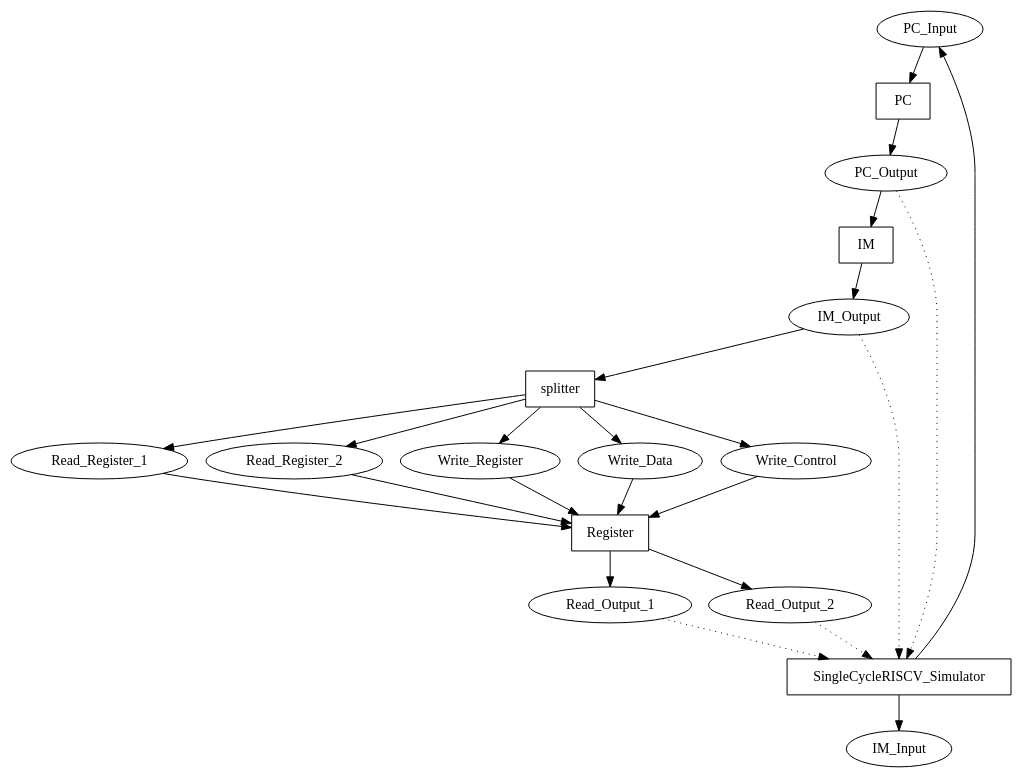
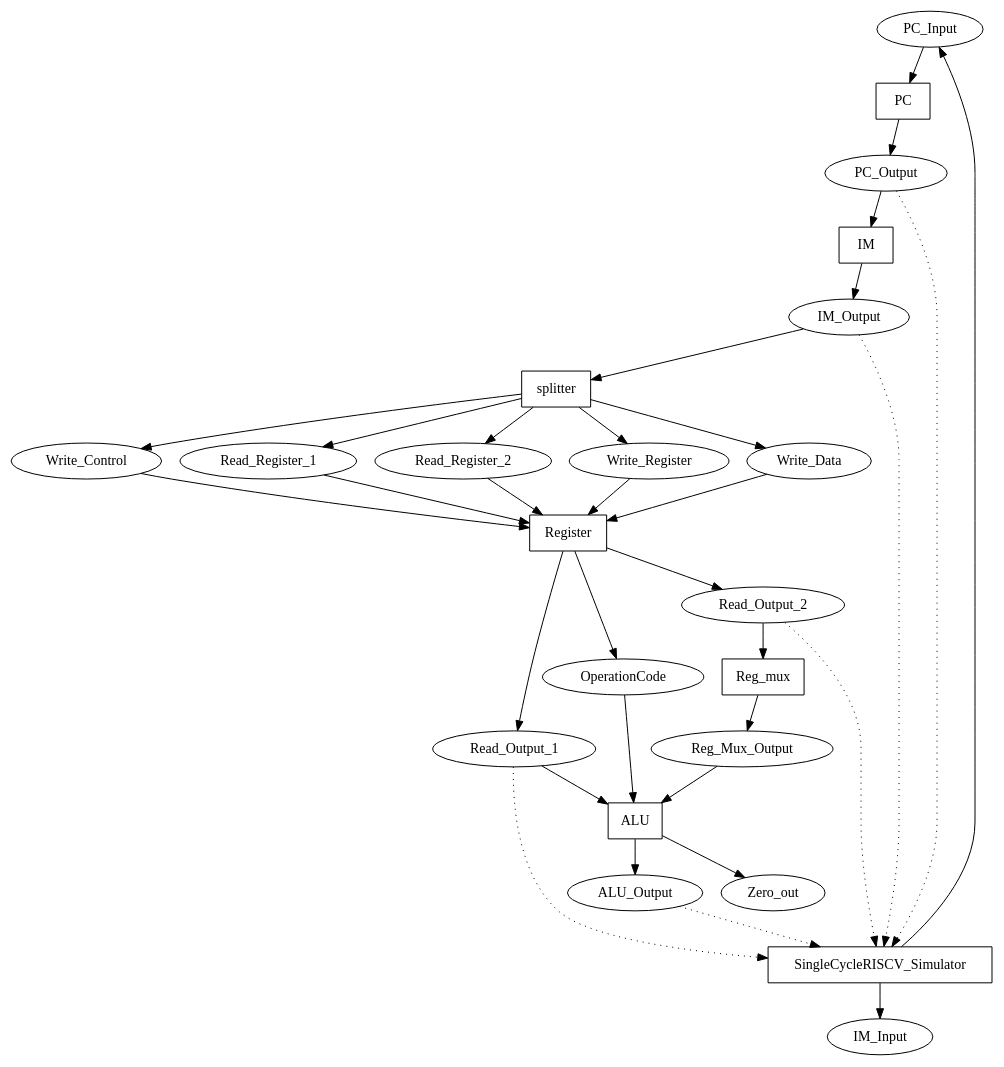
One commit to DanielRamyar/Master_Thesis changed the diagram in SME_Implementations/SingleCycleRISCV/output/network.dot. Above: the diagram before and after it, drawn with Graphviz. The commit also changed 23 other files, not shown here.

```diff
--- a/SME_Implementations/SingleCycleRISCV/output/network.dot
+++ b/SME_Implementations/SingleCycleRISCV/output/network.dot
@@ -1,41 +1,56 @@
 digraph SingleCycleRISCV {
 "PC_Input" [shape=oval];
 "PC_Output" [shape=oval];
 "IM_Output" [shape=oval];
 "Read_Register_1" [shape=oval];
 "Read_Register_2" [shape=oval];
 "Write_Register" [shape=oval];
 "Write_Data" [shape=oval];
 "Write_Control" [shape=oval];
+"OperationCode" [shape=oval];
+"Read_Output_1" [shape=oval];
+"Reg_Mux_Output" [shape=oval];
+"Read_Output_2" [shape=oval];
 "IM_Input" [shape=oval];
-"Read_Output_1" [shape=oval];
-"Read_Output_2" [shape=oval];
+"ALU_Output" [shape=oval];
+"Zero_out" [shape=oval];
 "PC" [shape=box];
 "IM" [shape=box];
 "splitter" [shape=box];
 "Register" [shape=box];
+"ALU" [shape=box];
+"Reg_mux" [shape=box];
 "SingleCycleRISCV_Simulator" [shape=box];
 "PC_Input" -> "PC";
 "PC_Output" -> "IM";
 "IM_Output" -> "splitter";
 "Read_Register_1" -> "Register";
 "Read_Register_2" -> "Register";
 "Write_Register" -> "Register";
 "Write_Data" -> "Register";
 "Write_Control" -> "Register";
+"OperationCode" -> "ALU";
+"Read_Output_1" -> "ALU";
+"Reg_Mux_Output" -> "ALU";
+"Read_Output_2" -> "Reg_mux";
 "SingleCycleRISCV_Simulator" -> "PC_Input";
 "SingleCycleRISCV_Simulator" -> "IM_Input";
 "PC" -> "PC_Output";
 "IM" -> "IM_Output";
 "splitter" -> "Read_Register_1";
 "splitter" -> "Read_Register_2";
 "splitter" -> "Write_Register";
 "splitter" -> "Write_Data";
 "splitter" -> "Write_Control";
 "Register" -> "Read_Output_1";
 "Register" -> "Read_Output_2";
+"Register" -> "OperationCode";
+"ALU" -> "ALU_Output";
+"ALU" -> "Zero_out";
+"Reg_mux" -> "Reg_Mux_Output";
 "PC_Output" -> "SingleCycleRISCV_Simulator" [style=dotted];
 "IM_Output" -> "SingleCycleRISCV_Simulator" [style=dotted];
 "Read_Output_1" -> "SingleCycleRISCV_Simulator" [style=dotted];
 "Read_Output_2" -> "SingleCycleRISCV_Simulator" [style=dotted];
+"ALU_Output" -> "SingleCycleRISCV_Simulator" [style=dotted];
 }
```
